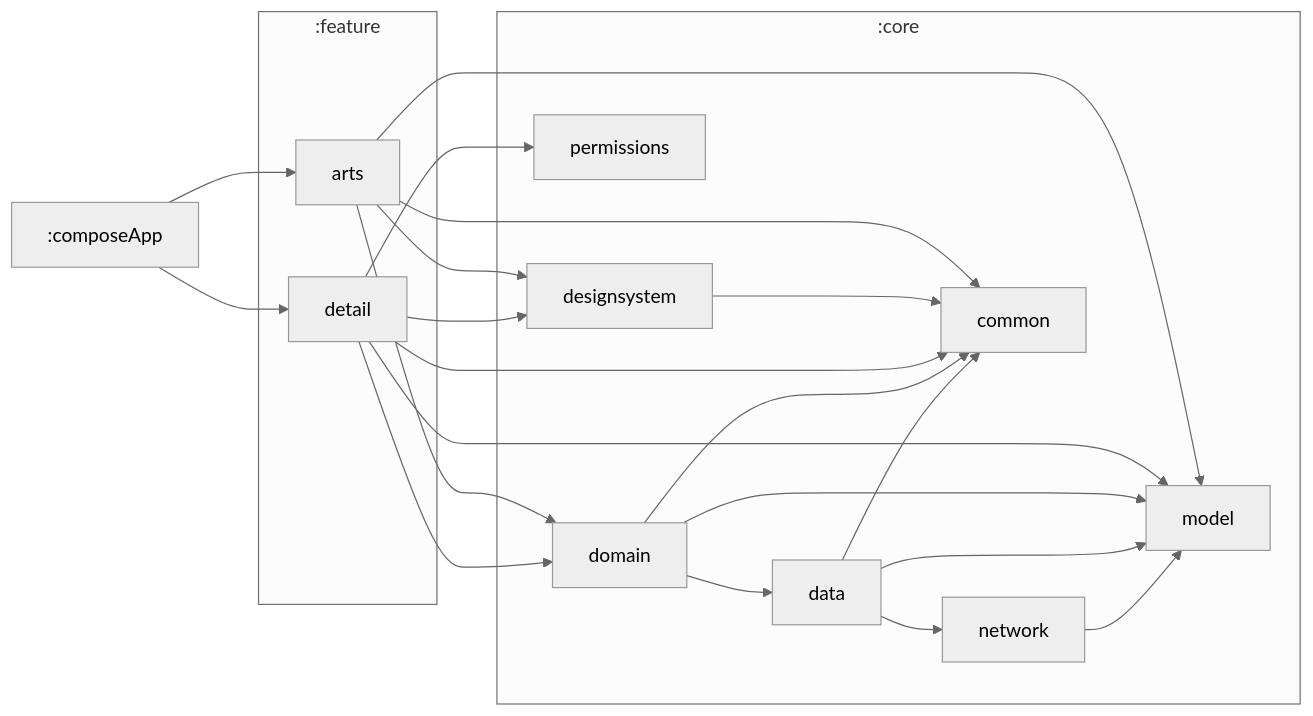
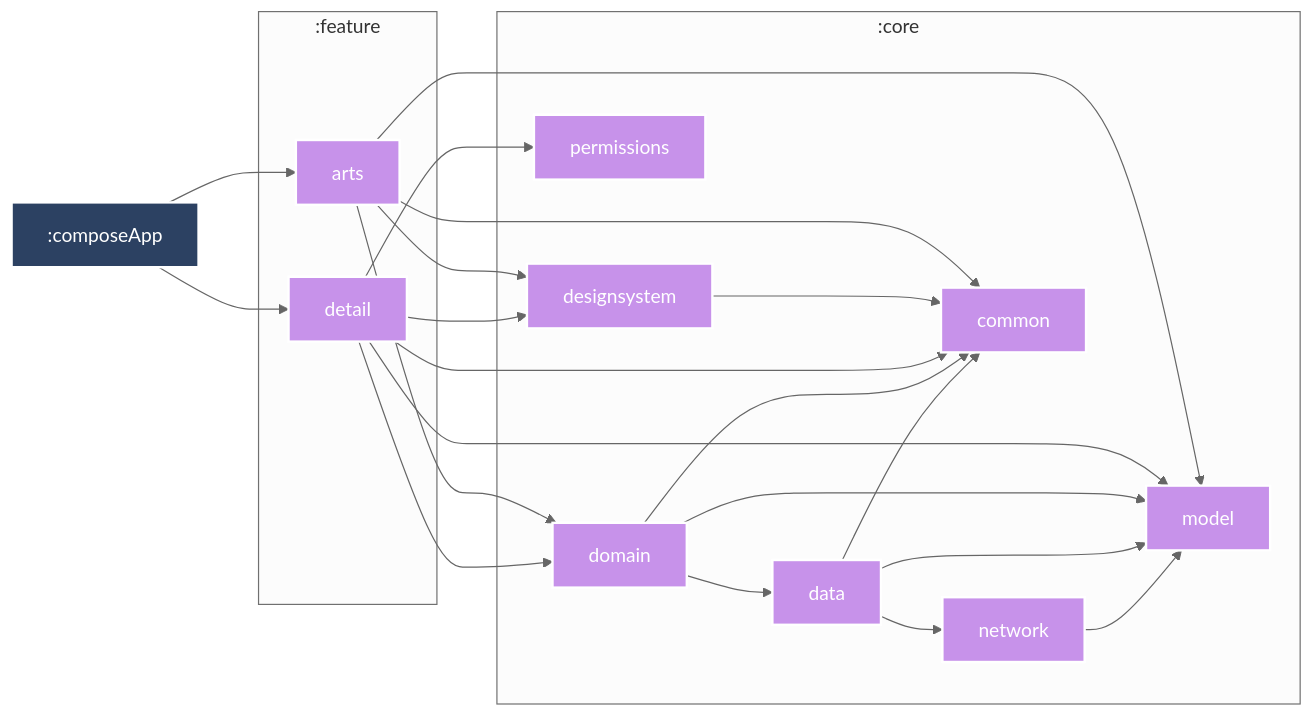
Before and after one commit to fethij/Rijksmuseum: the diagram in README.md, drawn with Mermaid. The commit also changed 1 other file, not shown here.

Commit message:
update module graph

````diff
--- a/README.md
+++ b/README.md
@@ -89,41 +89,55 @@
 ```mermaid
 %%{
   init: {
     'theme': 'neutral'
   }
 }%%
 
 graph LR
   subgraph :core
     :core:network["network"]
     :core:model["model"]
     :core:data["data"]
     :core:common["common"]
     :core:domain["domain"]
     :core:permissions["permissions"]
     :core:designsystem["designsystem"]
   end
   subgraph :feature
     :feature:arts["arts"]
     :feature:detail["detail"]
   end
   :composeApp --> :feature:arts
   :composeApp --> :feature:detail
   :core:network --> :core:model
   :core:data --> :core:common
   :core:data --> :core:network
   :core:data --> :core:model
   :core:domain --> :core:common
   :core:domain --> :core:data
   :core:domain --> :core:model
   :feature:detail --> :core:common
   :feature:detail --> :core:model
   :feature:detail --> :core:permissions
   :feature:detail --> :core:domain
   :feature:detail --> :core:designsystem
   :core:designsystem --> :core:common
   :feature:arts --> :core:common
   :feature:arts --> :core:domain
   :feature:arts --> :core:model
   :feature:arts --> :core:designsystem
+
+classDef android-application fill:#2C4162,stroke:#fff,stroke-width:2px,color:#fff;
+classDef kotlin-multiplatform fill:#C792EA,stroke:#fff,stroke-width:2px,color:#fff;
+class :composeApp android-application
+class :feature:arts kotlin-multiplatform
+class :feature:detail kotlin-multiplatform
+class :core:network kotlin-multiplatform
+class :core:model kotlin-multiplatform
+class :core:data kotlin-multiplatform
+class :core:common kotlin-multiplatform
+class :core:domain kotlin-multiplatform
+class :core:permissions kotlin-multiplatform
+class :core:designsystem kotlin-multiplatform
+
 ```
````
